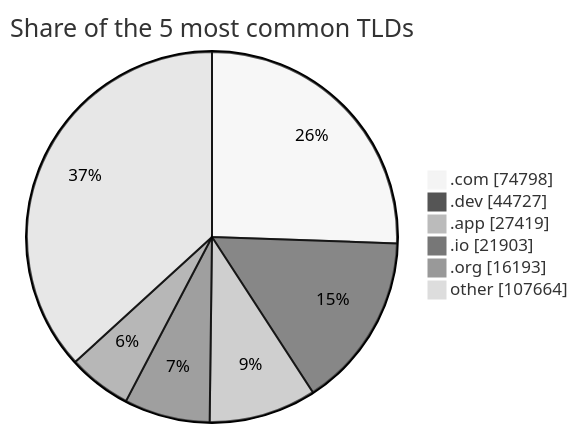
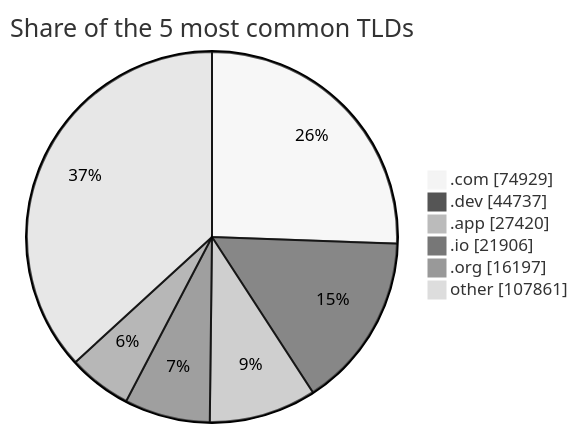
One commit to DNSBunker/CTI changed the third of 3 diagrams in README.md. Above: the diagram before and after it, drawn with Mermaid (neutral theme). The commit also changed other lines of this file and 3 other files, not shown here.

````diff
--- a/README.md
+++ b/README.md
@@ -81,9 +81,9 @@
 ```mermaid
 pie showData title Share of the 5 most common TLDs
-    ".com" : 74798
-    ".dev" : 44727
-    ".app" : 27419
-    ".io" : 21903
-    ".org" : 16193
-    "other" : 107664
+    ".com" : 74929
+    ".dev" : 44737
+    ".app" : 27420
+    ".io" : 21906
+    ".org" : 16197
+    "other" : 107861
 ```
````
